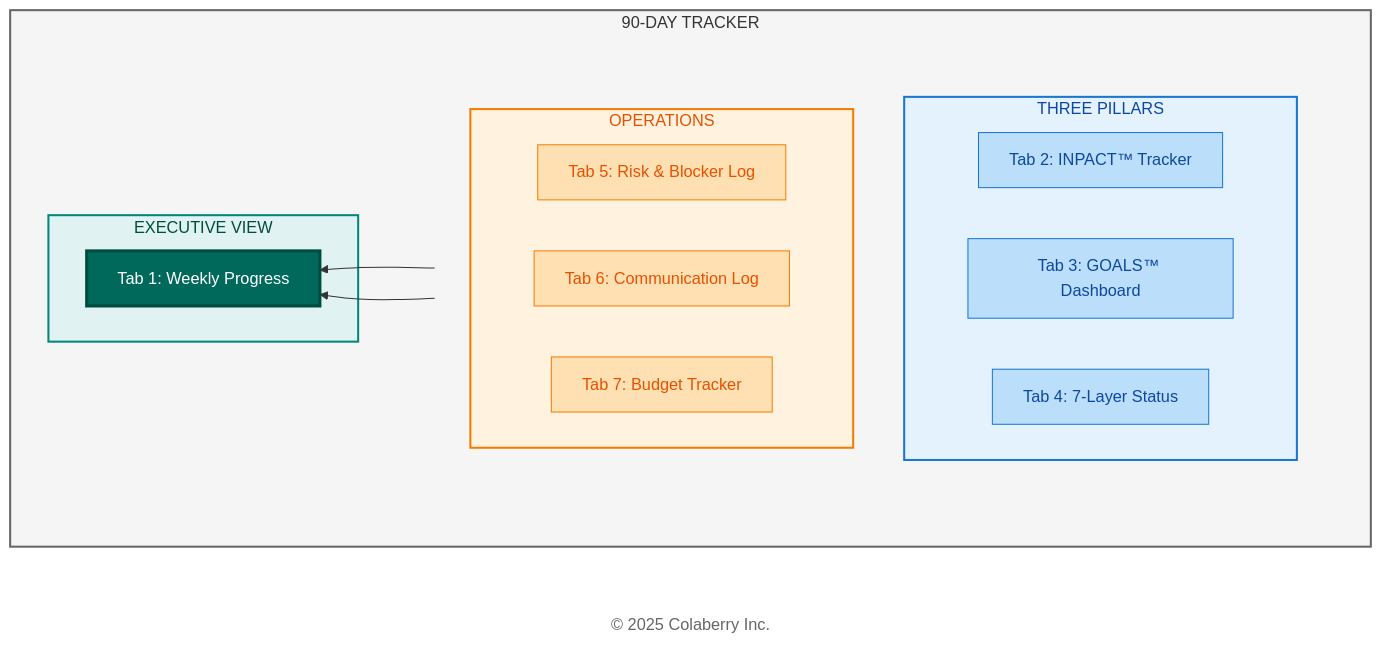
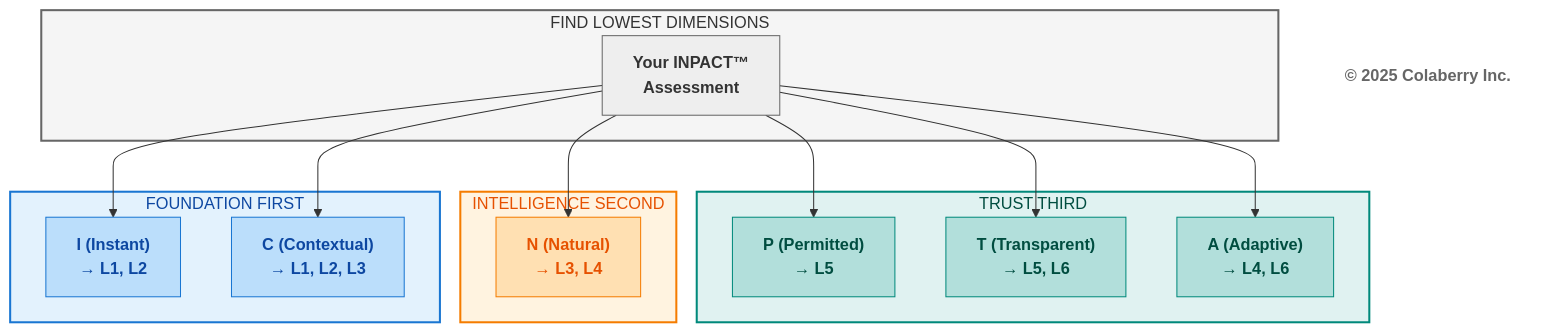
One commit to saitejesh-cyber/trust-before-intelligence-book changed the sixth of 6 diagrams in manuscript/11_chapter_10_week_by_week_implementation.md. Above: the diagram before and after it, drawn with Mermaid. The commit also changed other lines of this file and 2 other files, not shown here.

````diff
--- a/manuscript/11_chapter_10_week_by_week_implementation.md
+++ b/manuscript/11_chapter_10_week_by_week_implementation.md
@@ -692,47 +1103,45 @@
 ```mermaid
 
-graph RL
-    subgraph TRACKER["90-DAY TRACKER"]
-        direction RL
-        subgraph EXECUTIVE["EXECUTIVE VIEW"]
-            T1["Tab 1: Weekly Progress"]
-        end
-        
-        subgraph FEEDS[" "]
-            direction TB
-            subgraph PILLARS["THREE PILLARS"]
-                direction RL
-                T2["Tab 2: INPACT™ Tracker"]
-                T3["Tab 3: GOALS™ Dashboard"]
-                T4["Tab 4: 7-Layer Status"]
-            end
-            
-            subgraph OPS["OPERATIONS"]
-                direction RL
-                T5["Tab 5: Risk & Blocker Log"]
-                T6["Tab 6: Communication Log"]
-                T7["Tab 7: Budget Tracker"]
-            end
-        end
+graph TD
+    subgraph ASSESS["FIND LOWEST DIMENSIONS"]
+        A["<b>Your INPACT™<br/>Assessment</b>"]
     end
-    
-    Copyright["© 2025 Colaberry Inc."]
-    
-    PILLARS --> T1
-    OPS --> T1
 
-    style TRACKER fill:#f5f5f5,stroke:#666666,stroke-width:2px,color:#333333
-    style EXECUTIVE fill:#e0f2f1,stroke:#00897b,stroke-width:2px,color:#004d40
-    style FEEDS fill:none,stroke:none
-    style PILLARS fill:#e3f2fd,stroke:#1976d2,stroke-width:2px,color:#0d47a1
-    style OPS fill:#fff3e0,stroke:#f57c00,stroke-width:2px,color:#e65100
-    style T1 fill:#00695c,color:#ffffff,stroke:#004d40,stroke-width:3px
-    style T2 fill:#bbdefb,stroke:#1976d2,color:#0d47a1
-    style T3 fill:#bbdefb,stroke:#1976d2,color:#0d47a1
-    style T4 fill:#bbdefb,stroke:#1976d2,color:#0d47a1
-    style T5 fill:#ffe0b2,stroke:#f57c00,color:#e65100
-    style T6 fill:#ffe0b2,stroke:#f57c00,color:#e65100
-    style T7 fill:#ffe0b2,stroke:#f57c00,color:#e65100
+    subgraph TRUST["TRUST THIRD"]
+        T1["<b>P (Permitted)</b><br/><b>→ L5</b>"]
+        T2["<b>T (Transparent)</b><br/><b>→ L5, L6</b>"]
+        T3["<b>A (Adaptive)</b><br/><b>→ L4, L6</b>"]
+    end
+
+    subgraph INTEL["INTELLIGENCE SECOND"]
+        I1["<b>N (Natural)</b><br/><b>→ L3, L4</b>"]
+    end
+
+    subgraph FOUND["FOUNDATION FIRST"]
+        F1["<b>I (Instant)</b><br/><b>→ L1, L2</b>"]
+        F2["<b>C (Contextual)</b><br/><b>→ L1, L2, L3</b>"]
+    end
+
+    A --> F1
+    A --> F2
+    A --> I1
+    A --> T1
+    A --> T2
+    A --> T3
+
+    Copyright["<b>© 2025 Colaberry Inc.</b>"]
+
+    style ASSESS fill:#f5f5f5,stroke:#666666,stroke-width:2px,color:#333333
+    style FOUND fill:#e3f2fd,stroke:#1976d2,stroke-width:2px,color:#0d47a1
+    style INTEL fill:#fff3e0,stroke:#f57c00,stroke-width:2px,color:#e65100
+    style TRUST fill:#e0f2f1,stroke:#00897b,stroke-width:2px,color:#004d40
+    style A fill:#eeeeee,stroke:#666666,color:#333333
+    style F1 fill:#bbdefb,stroke:#1976d2,color:#0d47a1
+    style F2 fill:#bbdefb,stroke:#1976d2,color:#0d47a1
+    style I1 fill:#ffe0b2,stroke:#f57c00,color:#e65100
+    style T1 fill:#b2dfdb,stroke:#00897b,color:#004d40
+    style T2 fill:#b2dfdb,stroke:#00897b,color:#004d40
+    style T3 fill:#b2dfdb,stroke:#00897b,color:#004d40
     style Copyright fill:#ffffff,stroke:none,color:#666666
 
 ```
````
